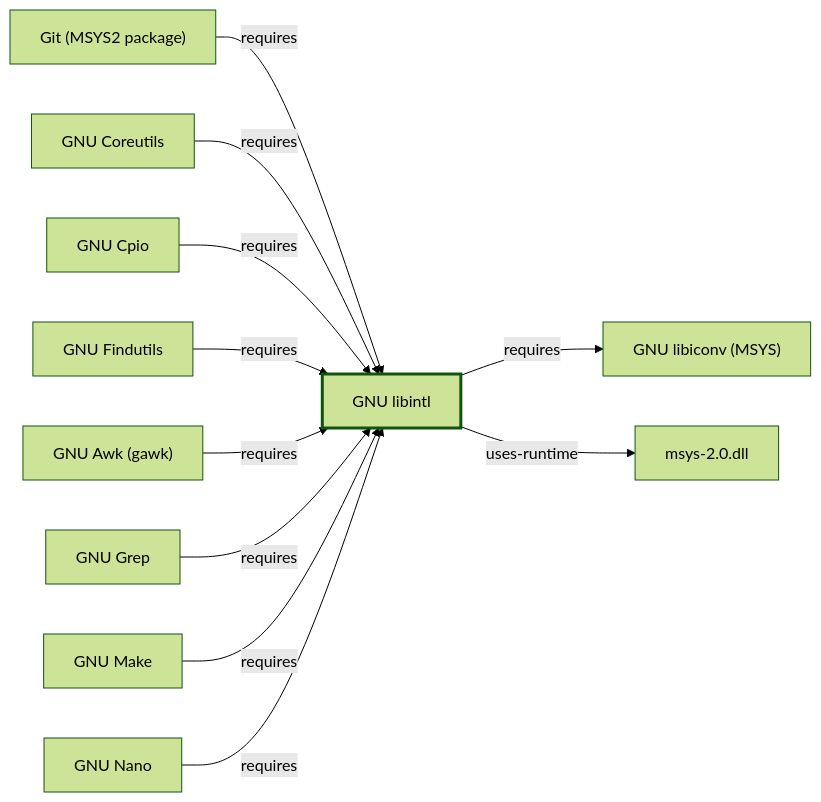
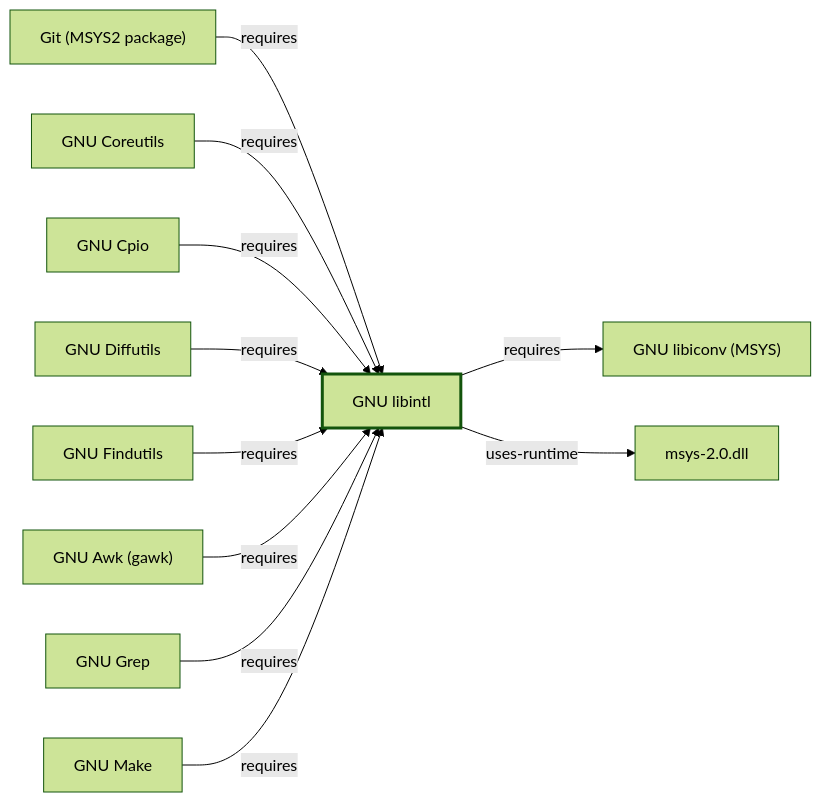
One commit to baileyrd/AKB changed the diagram in docs/GNU-LIBINTL.md. Above: the diagram before and after it, drawn with Mermaid (forest theme). The commit also changed other lines of this file and 29 other files, not shown here.

````diff
--- a/docs/GNU-LIBINTL.md
+++ b/docs/GNU-LIBINTL.md
@@ -184,25 +184,25 @@
 ```mermaid
 flowchart LR
     subject["GNU libintl"]
     u0["Git (MSYS2 package)"]
     u0 -->|requires| subject
     u1["GNU Coreutils"]
     u1 -->|requires| subject
     u2["GNU Cpio"]
     u2 -->|requires| subject
-    u3["GNU Findutils"]
+    u3["GNU Diffutils"]
     u3 -->|requires| subject
-    u4["GNU Awk (gawk)"]
+    u4["GNU Findutils"]
     u4 -->|requires| subject
-    u5["GNU Grep"]
+    u5["GNU Awk (gawk)"]
     u5 -->|requires| subject
-    u6["GNU Make"]
+    u6["GNU Grep"]
     u6 -->|requires| subject
-    u7["GNU Nano"]
+    u7["GNU Make"]
     u7 -->|requires| subject
     d0["GNU libiconv (MSYS)"]
     subject -->|requires| d0
     d1["msys-2.0.dll"]
     subject -->|uses-runtime| d1
     style subject stroke-width:3px
 ```
````
